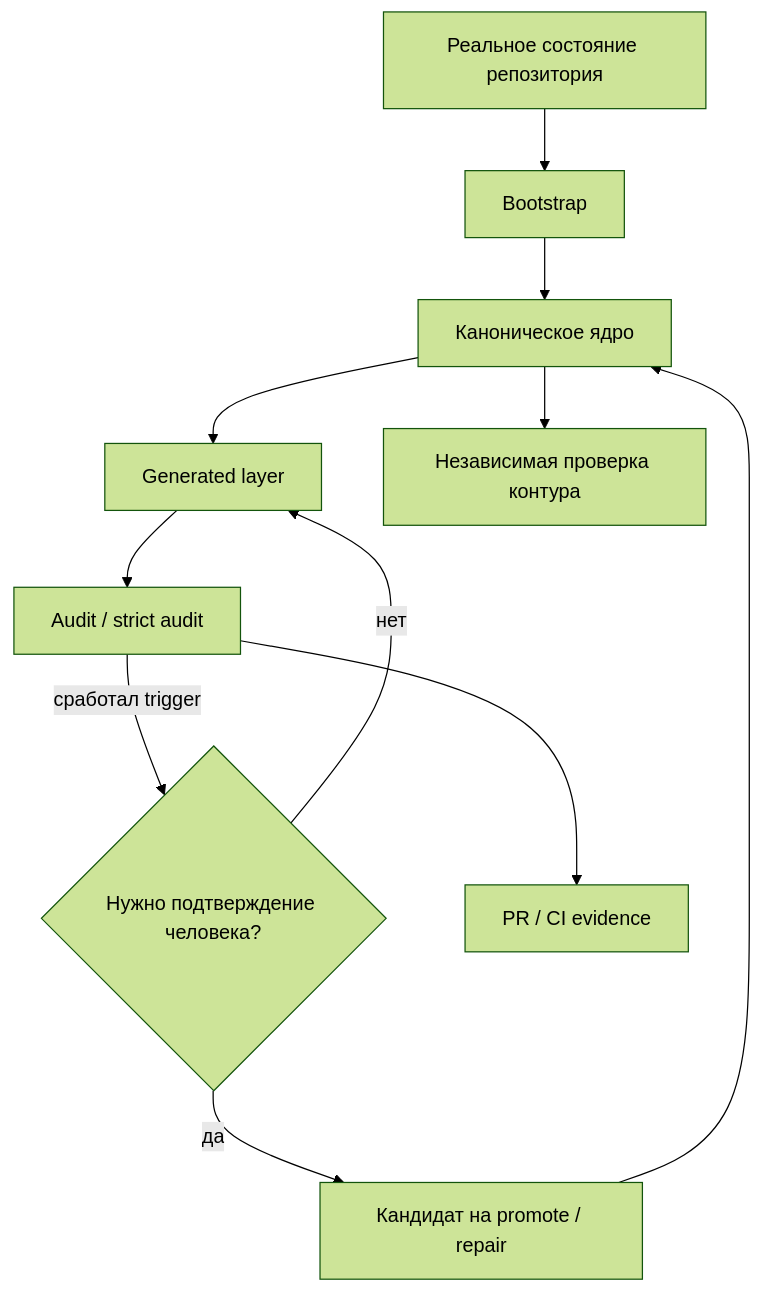
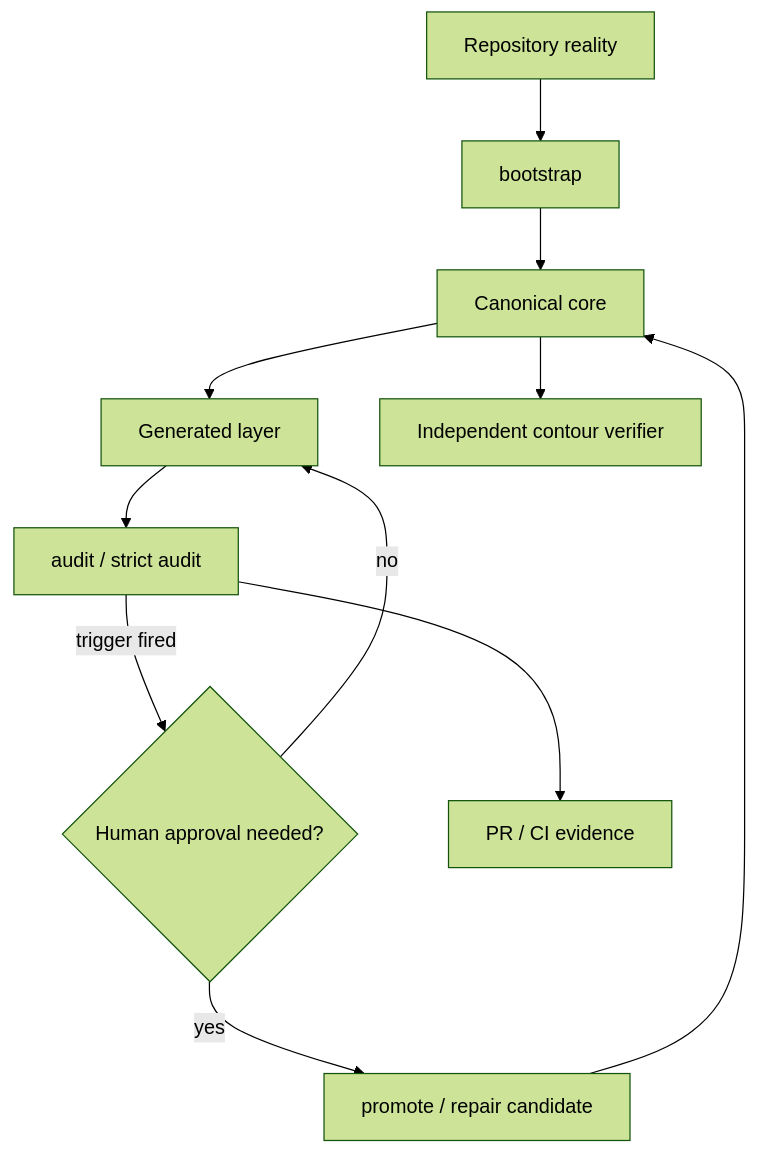
One commit to ehlyzov/skills changed the second of 2 diagrams in README.md. Above: the diagram before and after it, drawn with Mermaid (forest theme). The commit also changed other lines of this file and 2 other files, not shown here.

````diff
--- a/README.md
+++ b/README.md
@@ -59,13 +58,13 @@
 ```mermaid
 flowchart TD
-    R["Реальное состояние репозитория"] --> B["Bootstrap"]
-    B --> C["Каноническое ядро"]
+    R["Repository reality"] --> B["bootstrap"]
+    B --> C["Canonical core"]
     C --> G["Generated layer"]
-    G --> A["Audit / strict audit"]
-    A -->|сработал trigger| H{"Нужно подтверждение человека?"}
-    H -->|да| P["Кандидат на promote / repair"]
-    H -->|нет| G
+    G --> A["audit / strict audit"]
+    A -->|trigger fired| H{"Human approval needed?"}
+    H -->|yes| P["promote / repair candidate"]
+    H -->|no| G
     P --> C
-    C --> V["Независимая проверка контура"]
+    C --> V["Independent contour verifier"]
     A --> PR["PR / CI evidence"]
 ```
````
